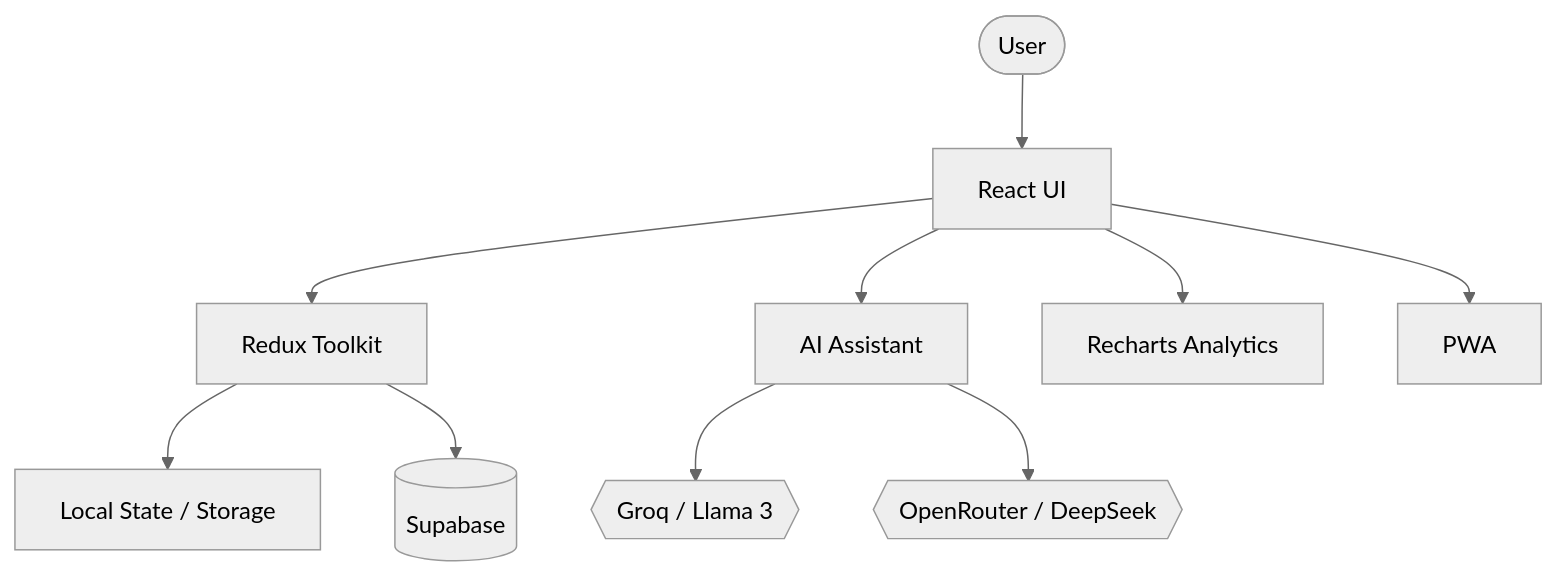
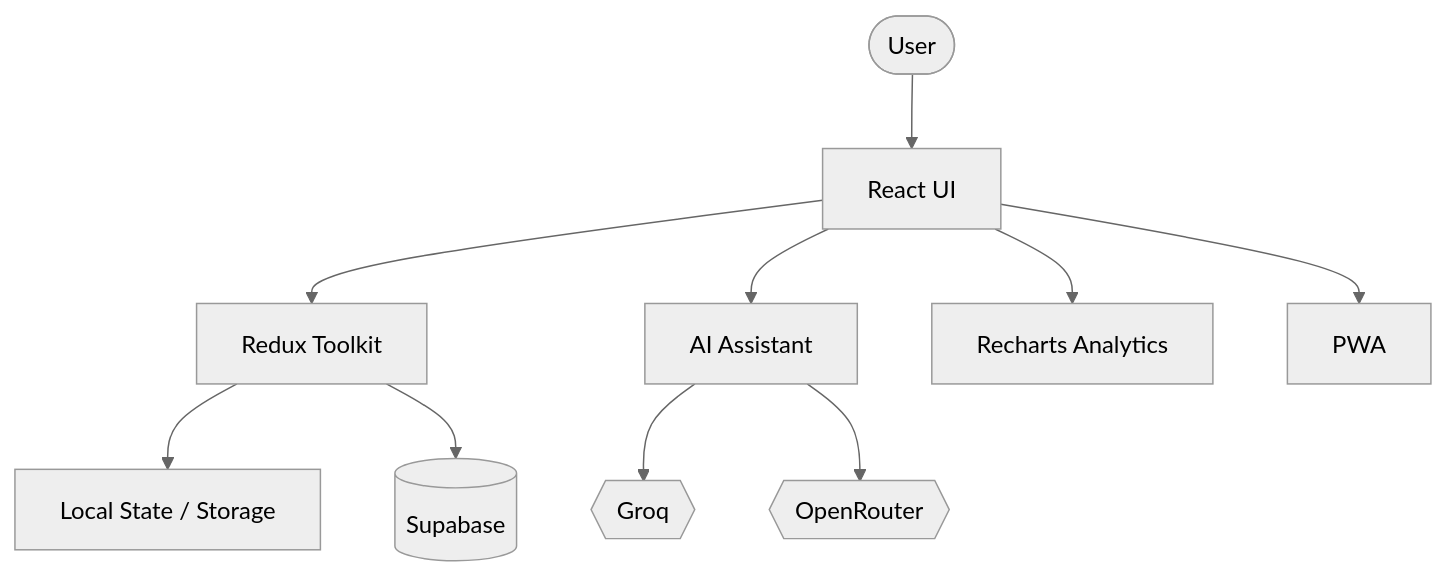
Before and after one commit to TermeBuilds/Personal-Dashboard: the diagram in README.md, drawn with Mermaid (neutral theme). The commit also changed other lines of this file, not shown here.

````diff
--- a/README.md
+++ b/README.md
@@ -35,16 +32,16 @@
 ```mermaid
 flowchart TD
     User([User]) --> UI[React UI]
 
     UI --> Redux[Redux Toolkit]
     Redux --> Local[Local State / Storage]
 
     Redux --> Supabase[(Supabase)]
     UI --> AI[AI Assistant]
 
-    AI --> Groq{{Groq / Llama 3}}
-    AI --> OpenRouter{{OpenRouter / DeepSeek}}
+    AI --> Groq{{Groq}}
+    AI --> OpenRouter{{OpenRouter}}
 
     UI --> Charts[Recharts Analytics]
     UI --> PWA[PWA]
 ```
````
